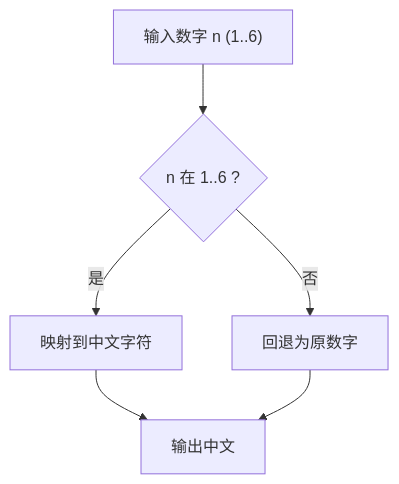
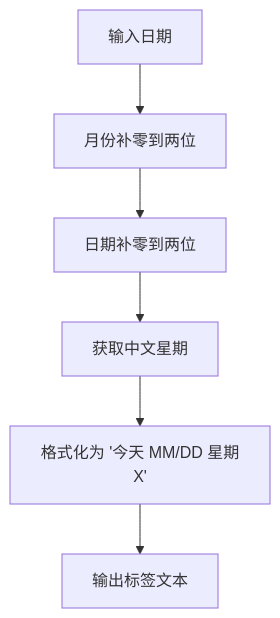
Before and after one commit to xuanyulingnfeg/gameCalendar: the fifth of 7 diagrams in .qoder/repowiki/zh/content/工具函数.md, drawn with Mermaid. The commit also changed other lines of this file and 5 other files, not shown here.

````diff
--- a/.qoder/repowiki/zh/content/工具函数.md
+++ b/.qoder/repowiki/zh/content/工具函数.md
@@ -276,8 +240,8 @@
 ```mermaid
 flowchart TD
-A["输入数字 n (1..6)"] --> Check{"n 在 1..6 ?"}
-Check --> |是| Map["映射到中文字符"]
-Check --> |否| Fallback["回退为原数字"]
-Map --> Out["输出中文"]
-Fallback --> Out
+Input["输入日期"] --> PadMonth["月份补零到两位"]
+PadMonth --> PadDay["日期补零到两位"]
+PadDay --> GetWeekDay["获取中文星期"]
+GetWeekDay --> Format["格式化为 '今天 MM/DD 星期X'"]
+Format --> Output["输出标签文本"]
 ```
````
